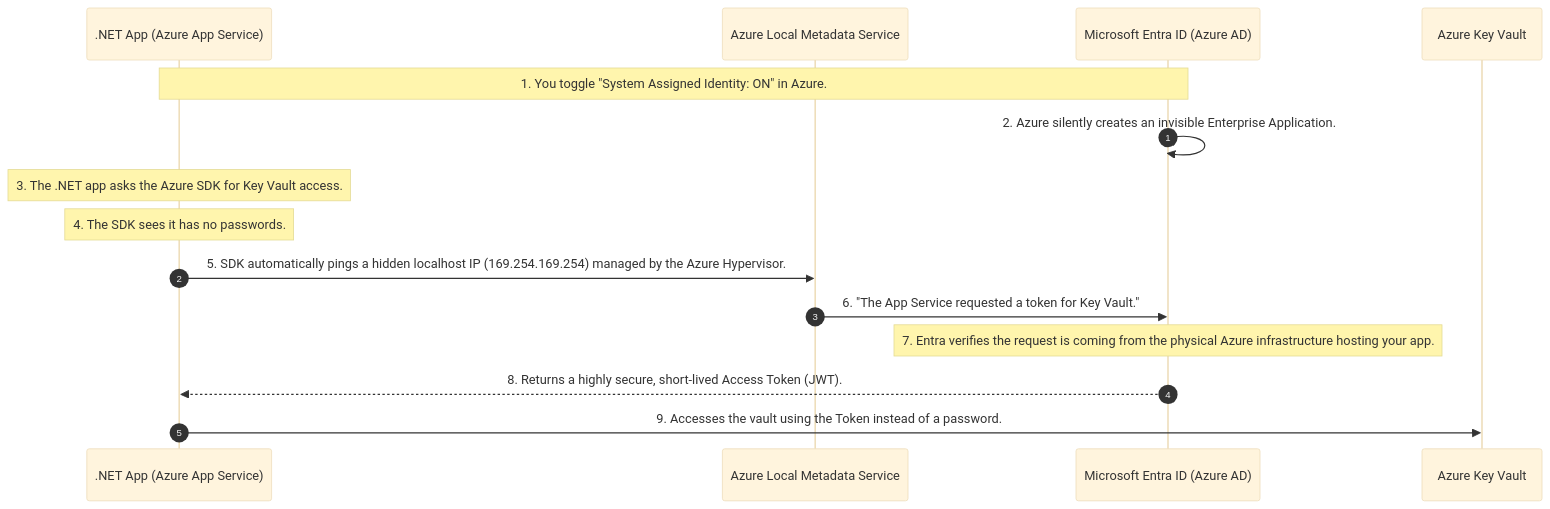
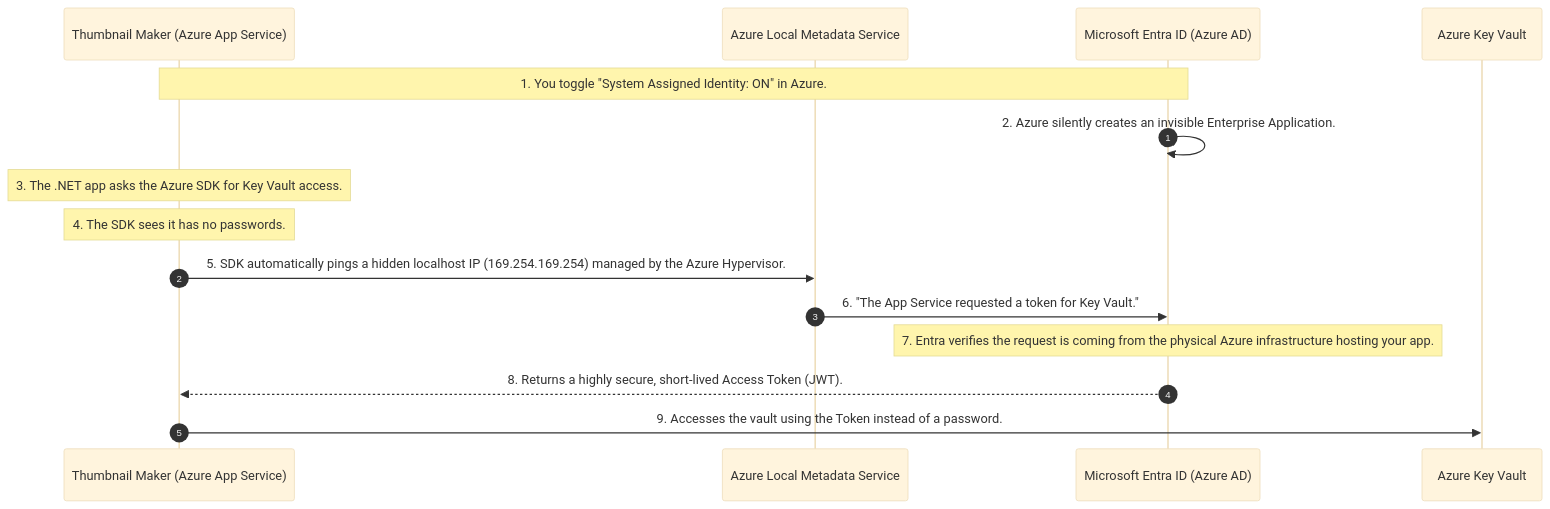
Before and after one commit to nirajp82/IdentityAccessManagement_IAM: the fourth of 4 diagrams in Quiz/05_machine_to_machine_m2m_and_workload_identity.md, drawn with Mermaid (base theme). The commit also changed other lines of this file, not shown here.

````diff
--- a/Quiz/05_machine_to_machine_m2m_and_workload_identity.md
+++ b/Quiz/05_machine_to_machine_m2m_and_workload_identity.md
@@ -245,23 +241,23 @@
 ```mermaid
 sequenceDiagram
     autonumber
-    participant App as .NET App (Azure App Service)
+    participant App as Thumbnail Maker (Azure App Service)
     participant LocalHost as Azure Local Metadata Service
     participant Entra as Microsoft Entra ID (Azure AD)
     participant Vault as Azure Key Vault
 
     Note over App,Entra: 1. You toggle "System Assigned Identity: ON" in Azure.
     Entra->>Entra: 2. Azure silently creates an invisible Enterprise Application.
     
     Note over App: 3. The .NET app asks the Azure SDK for Key Vault access.
     Note over App: 4. The SDK sees it has no passwords.
     
     App->>LocalHost: 5. SDK automatically pings a hidden localhost IP (169.254.169.254) managed by the Azure Hypervisor.
     LocalHost->>Entra: 6. "The App Service requested a token for Key Vault."
     
     Note over Entra: 7. Entra verifies the request is coming from the physical Azure infrastructure hosting your app.
     Entra-->>App: 8. Returns a highly secure, short-lived Access Token (JWT).
     
     App->>Vault: 9. Accesses the vault using the Token instead of a password.
 
 ```
````
